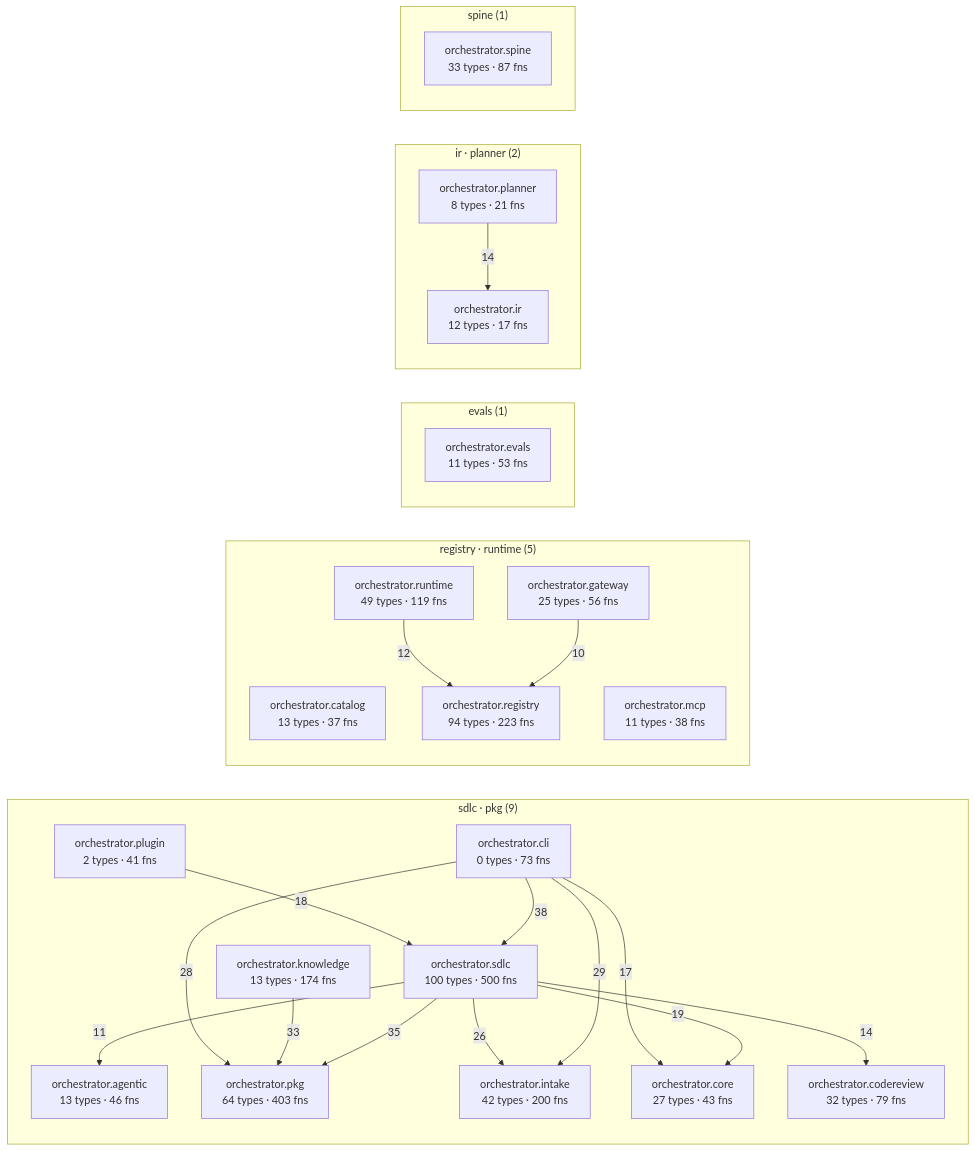
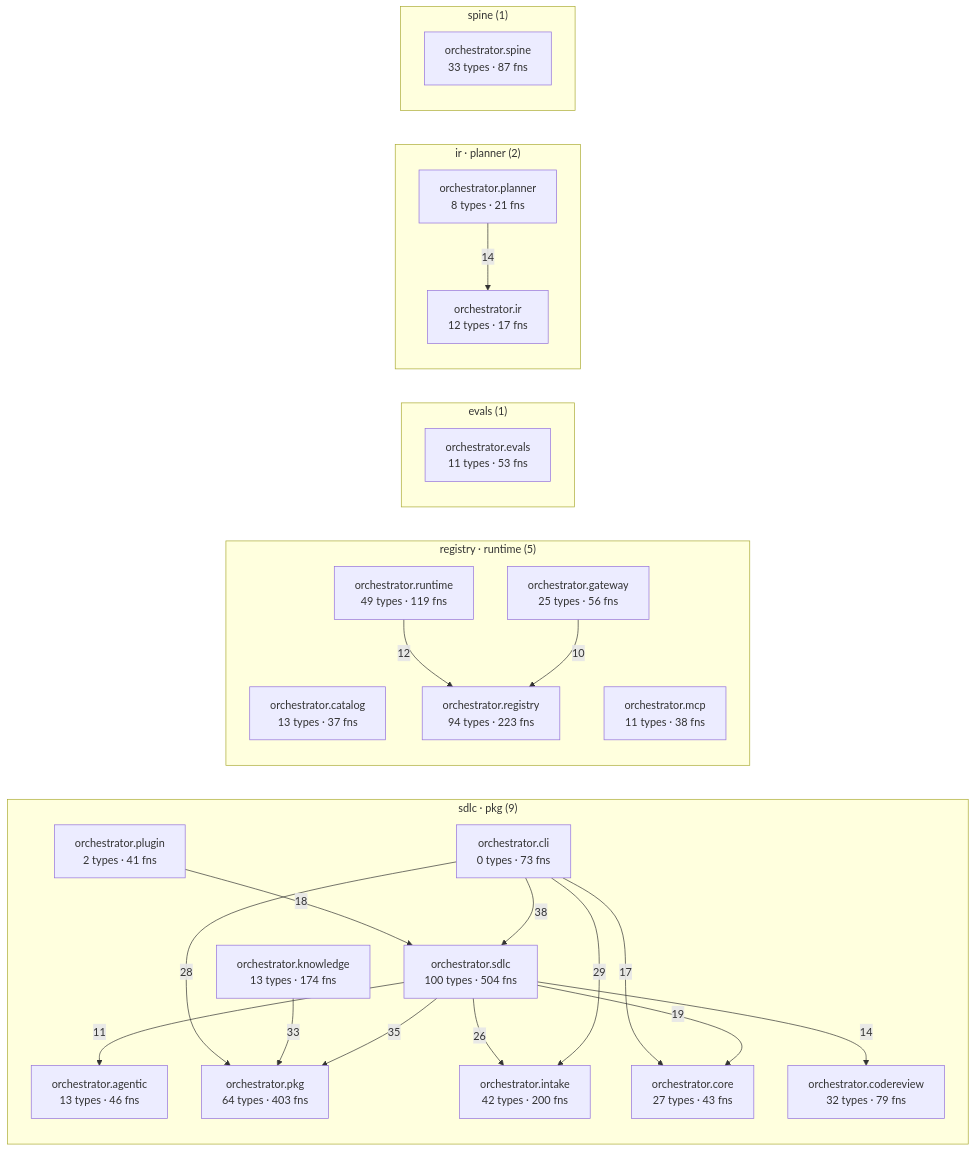
One commit to synaptixs/spine changed the diagram in episteme/architecture.md. Above: the diagram before and after it, drawn with Mermaid. The commit also changed other lines of this file and 16 other files, not shown here.

````diff
--- a/episteme/architecture.md
+++ b/episteme/architecture.md
@@ -54,45 +54,45 @@
 ```mermaid
 flowchart LR
   subgraph c_1["sdlc · pkg (9)"]
     aorchestratoragentic["orchestrator.agentic<br/>13 types · 46 fns"]
     aorchestratorcli["orchestrator.cli<br/>0 types · 73 fns"]
     aorchestratorcodereview["orchestrator.codereview<br/>32 types · 79 fns"]
     aorchestratorcore["orchestrator.core<br/>27 types · 43 fns"]
     aorchestratorintake["orchestrator.intake<br/>42 types · 200 fns"]
     aorchestratorknowledge["orchestrator.knowledge<br/>13 types · 174 fns"]
     aorchestratorpkg["orchestrator.pkg<br/>64 types · 403 fns"]
     aorchestratorplugin["orchestrator.plugin<br/>2 types · 41 fns"]
-    aorchestratorsdlc["orchestrator.sdlc<br/>100 types · 500 fns"]
+    aorchestratorsdlc["orchestrator.sdlc<br/>100 types · 504 fns"]
   end
   subgraph c_3["registry · runtime (5)"]
     aorchestratorcatalog["orchestrator.catalog<br/>13 types · 37 fns"]
     aorchestratorgateway["orchestrator.gateway<br/>25 types · 56 fns"]
     aorchestratormcp["orchestrator.mcp<br/>11 types · 38 fns"]
     aorchestratorregistry["orchestrator.registry<br/>94 types · 223 fns"]
     aorchestratorruntime["orchestrator.runtime<br/>49 types · 119 fns"]
   end
   subgraph c_5["evals (1)"]
     aorchestratorevals["orchestrator.evals<br/>11 types · 53 fns"]
   end
   subgraph c_7["ir · planner (2)"]
     aorchestratorir["orchestrator.ir<br/>12 types · 17 fns"]
     aorchestratorplanner["orchestrator.planner<br/>8 types · 21 fns"]
   end
   subgraph c_10["spine (1)"]
     aorchestratorspine["orchestrator.spine<br/>33 types · 87 fns"]
   end
   aorchestratorcli -->|38| aorchestratorsdlc
   aorchestratorsdlc -->|35| aorchestratorpkg
   aorchestratorknowledge -->|33| aorchestratorpkg
   aorchestratorcli -->|29| aorchestratorintake
   aorchestratorcli -->|28| aorchestratorpkg
   aorchestratorsdlc -->|26| aorchestratorintake
   aorchestratorsdlc -->|19| aorchestratorcore
   aorchestratorplugin -->|18| aorchestratorsdlc
   aorchestratorcli -->|17| aorchestratorcore
   aorchestratorplanner -->|14| aorchestratorir
   aorchestratorsdlc -->|14| aorchestratorcodereview
   aorchestratorruntime -->|12| aorchestratorregistry
   aorchestratorsdlc -->|11| aorchestratoragentic
   aorchestratorgateway -->|10| aorchestratorregistry
 ```
````
